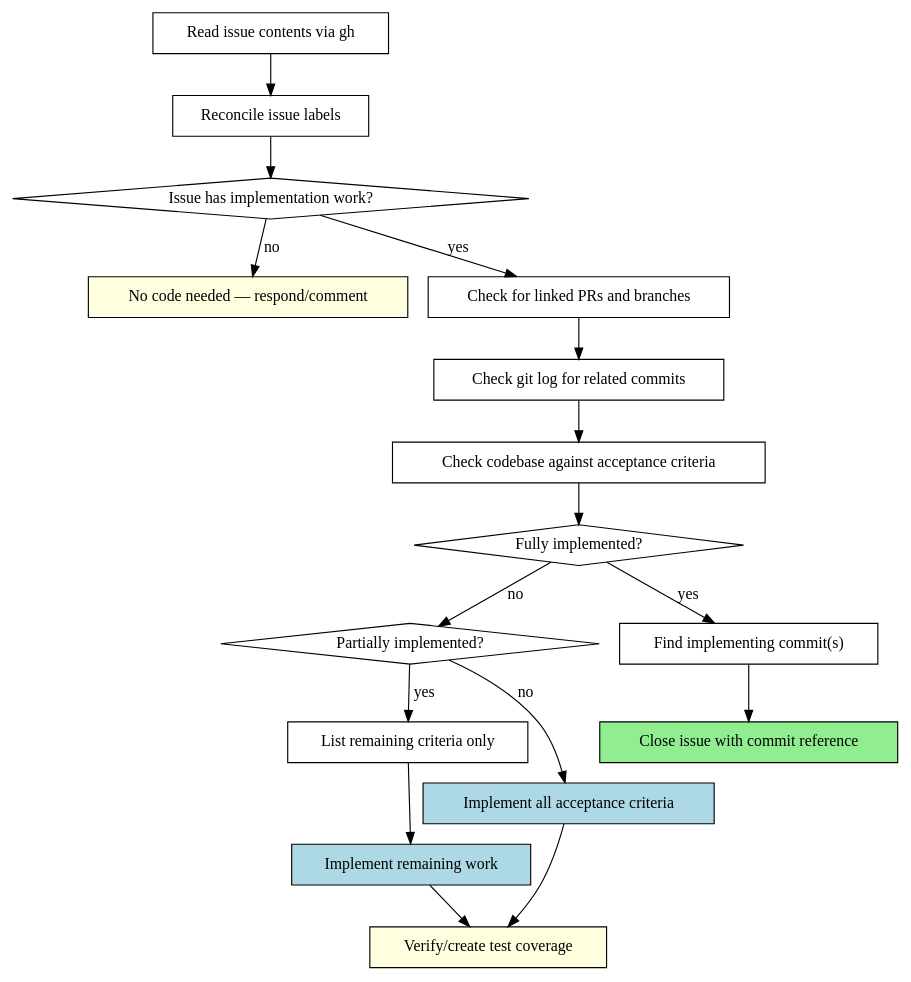
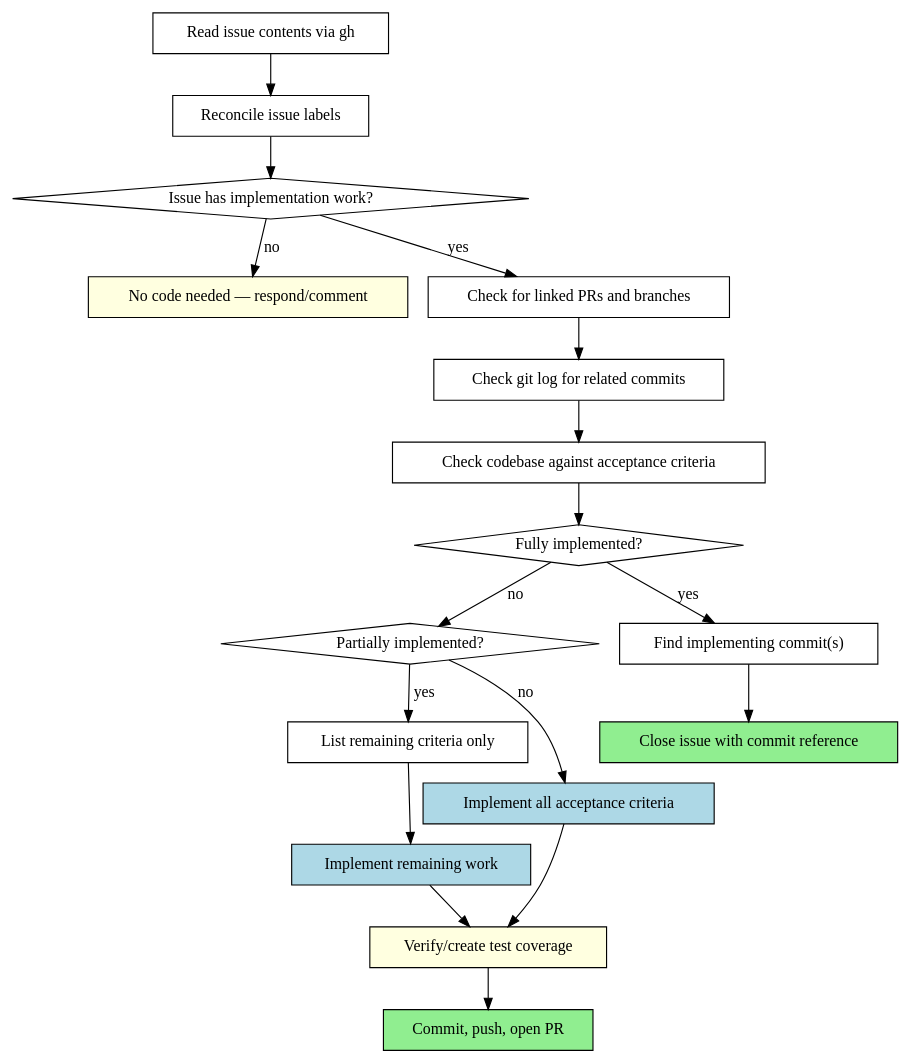
One commit to Marshall-Hallenbeck/dot_files changed the diagram in .claude/skills/complete-github-issue/SKILL.md. Above: the diagram before and after it, drawn with Graphviz. The commit also changed other lines of this file and 2 other files, not shown here.

````diff
--- a/.claude/skills/complete-github-issue/SKILL.md
+++ b/.claude/skills/complete-github-issue/SKILL.md
@@ -29,37 +29,39 @@
 ```dot
 digraph complete_issue {
     rankdir=TB;
 
     "Read issue contents via gh" [shape=box];
     "Reconcile issue labels" [shape=box];
     "Issue has implementation work?" [shape=diamond];
     "No code needed — respond/comment" [shape=box style=filled fillcolor=lightyellow];
     "Check for linked PRs and branches" [shape=box];
     "Check git log for related commits" [shape=box];
     "Check codebase against acceptance criteria" [shape=box];
     "Fully implemented?" [shape=diamond];
     "Partially implemented?" [shape=diamond];
     "Find implementing commit(s)" [shape=box];
     "Close issue with commit reference" [shape=box style=filled fillcolor=lightgreen];
     "List remaining criteria only" [shape=box];
     "Implement remaining work" [shape=box style=filled fillcolor=lightblue];
     "Implement all acceptance criteria" [shape=box style=filled fillcolor=lightblue];
     "Verify/create test coverage" [shape=box style=filled fillcolor=lightyellow];
+    "Commit, push, open PR" [shape=box style=filled fillcolor=lightgreen];
 
     "Read issue contents via gh" -> "Reconcile issue labels";
     "Reconcile issue labels" -> "Issue has implementation work?";
     "Issue has implementation work?" -> "No code needed — respond/comment" [label="no"];
     "Issue has implementation work?" -> "Check for linked PRs and branches" [label="yes"];
     "Check for linked PRs and branches" -> "Check git log for related commits";
     "Check git log for related commits" -> "Check codebase against acceptance criteria";
     "Check codebase against acceptance criteria" -> "Fully implemented?";
     "Fully implemented?" -> "Find implementing commit(s)" [label="yes"];
     "Find implementing commit(s)" -> "Close issue with commit reference";
     "Fully implemented?" -> "Partially implemented?" [label="no"];
     "Partially implemented?" -> "List remaining criteria only" [label="yes"];
     "List remaining criteria only" -> "Implement remaining work";
     "Partially implemented?" -> "Implement all acceptance criteria" [label="no"];
     "Implement remaining work" -> "Verify/create test coverage";
     "Implement all acceptance criteria" -> "Verify/create test coverage";
+    "Verify/create test coverage" -> "Commit, push, open PR";
 }
 ```
````
